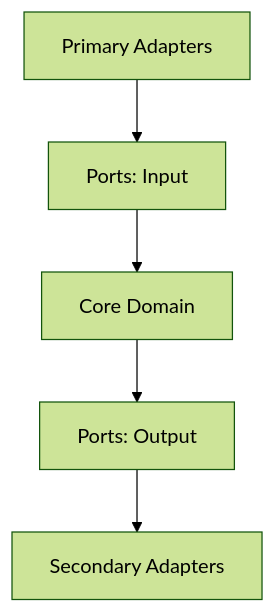
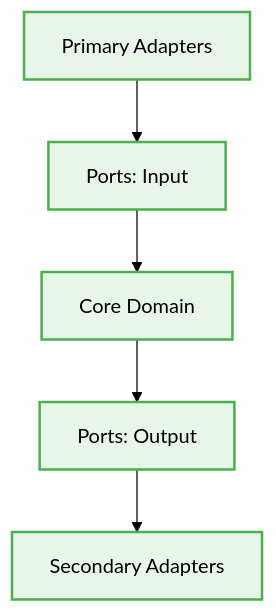
One commit to beginwebdev2002/best-practise changed the fifth of 10 diagrams in architectures/readme.md. Above: the diagram before and after it, drawn with Mermaid (forest theme). The commit also changed other lines of this file and 20 other files, not shown here.

First line of the commit message:
docs: update mermaid diagrams with UI/UX design tokens styling

````diff
--- a/architectures/readme.md
+++ b/architectures/readme.md
@@ -183,7 +227,18 @@
 ```mermaid
 graph TD
     Primary[Primary Adapters] --> PortsIN[Ports: Input]
     PortsIN --> Domain[Core Domain]
     Domain --> PortsOUT[Ports: Output]
     PortsOUT --> Secondary[Secondary Adapters]
+    %% Added Design Token Styles for Mermaid Diagrams
+    classDef default fill:#e1f5fe,stroke:#03a9f4,stroke-width:2px,color:#000;
+    classDef component fill:#e8f5e9,stroke:#4caf50,stroke-width:2px,color:#000;
+    classDef layout fill:#f3e5f5,stroke:#9c27b0,stroke-width:2px,color:#000;
+
+    class PortsOUT component;
+    class PortsIN component;
+    class Primary component;
+    class Domain component;
+    class Secondary component;
+
 ```
````
